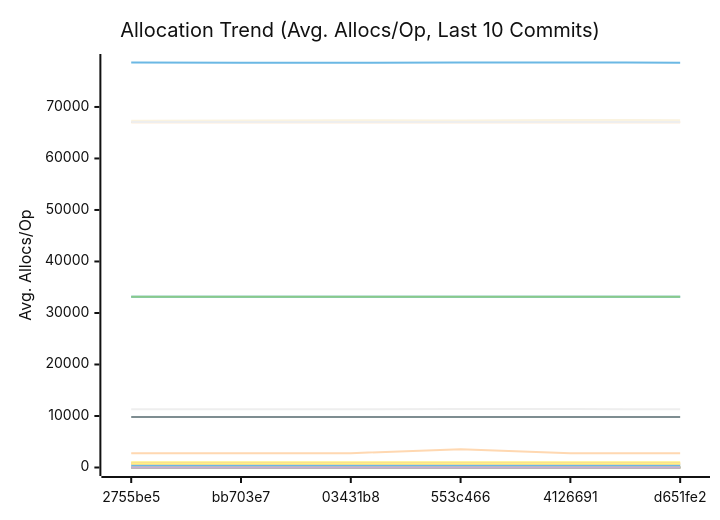
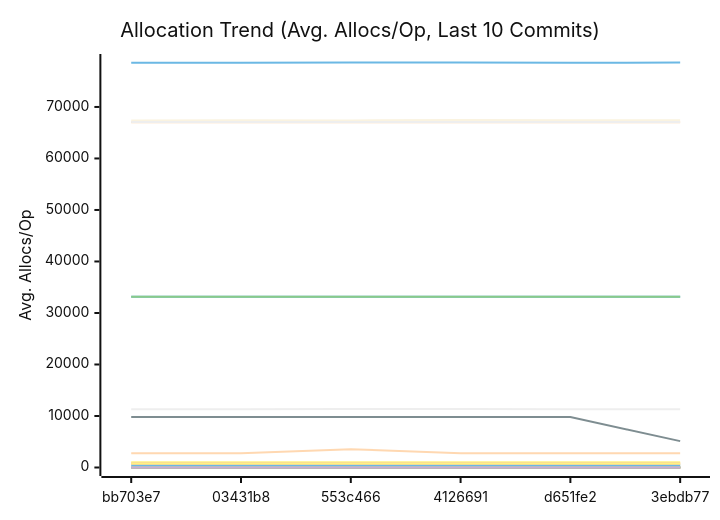
The third of 3 diagrams in docs/PERFORMANCE.md (alsotoes/momo), drawn with Mermaid (neutral theme) before and after one commit. The commit also changed other lines of this file and 2 other files, not shown here.

````diff
--- a/docs/PERFORMANCE.md
+++ b/docs/PERFORMANCE.md
@@ -360,44 +360,44 @@
 ```mermaid
 xychart-beta
     title "Allocation Trend (Avg. Allocs/Op, Last 10 Commits)"
     x-axis "Commit"
     y-axis "Avg. Allocs/Op"
-    x-axis [2755be5,bb703e7,03431b8,553c466,4126691,d651fe2]
-    line "AWSChunkedReaderSigned" [11307,11302,11307,11334,11352,11308,11331,11309,11357,11392]
-    line "AWSChunkedReaderUnsigned" [78613,78584,78583,78611,78631,78600,78609,78603,78751,78742]
+    x-axis [bb703e7,03431b8,553c466,4126691,d651fe2,3ebdb77]
+    line "AWSChunkedReaderSigned" [11302,11307,11334,11352,11308,11331,11309,11357,11392,11480]
+    line "AWSChunkedReaderUnsigned" [78584,78583,78611,78631,78600,78609,78603,78751,78742,78802]
     line "CheckMetricsAndSwap" [0,0,0,0,0,0,0,0,0,0]
     line "CrushOptimized" [0,0,0,0,0,0,0,0,0,0]
     line "CrushOriginal" [3,3,3,3,3,3,3,3,3,3]
     line "FormatListObjectsV2XML_AppendFormat" [16,16,16,16,16,16,16,16,16,16]
     line "FormatListObjectsV2XML_OldFormat" [1000,1000,1000,1000,1000,1000,1000,1000,1000,1000]
     line "HashBytes/1MiB" [64,64,64,64,64,64,64,64,64,64]
     line "HashBytes/256MiB" [64,64,64,64,64,64,64,64,64,64]
     line "HashBytes/64MiB" [64,64,64,64,64,64,64,64,64,64]
     line "HashFile/1MiB" [33128,33128,33128,33128,33128,33128,33128,33128,33128,33128]
     line "HashFile/256MiB" [33128,33128,33128,33128,33128,33128,33128,33128,33128,33128]
     line "HashFile/64MiB" [33128,33128,33128,33128,33128,33128,33128,33128,33128,33128]
     line "IndexDirectTracking" [0,0,0,0,0,0,0,0,0,0]
     line "IndexSearch" [0,0,0,0,0,0,0,0,0,0]
     line "LastModifiedHeader_AppendFormat" [0,0,0,0,0,0,0,0,0,0]
     line "LastModifiedHeader_Format" [1,1,1,1,1,1,1,1,1,1]
     line "LoadGlobalConfig" [58,58,58,58,58,58,58,58,58,58]
-    line "LocalWrite/1MiB" [67026,67032,67028,67034,67036,67032,67028,67031,67046,67042]
-    line "LocalWrite/256MiB" [67322,67349,67419,67379,67488,67427,67403,67338,67449,67537]
-    line "LocalWrite/64MiB" [67084,67096,67074,67087,67088,67081,67097,67088,67134,67134]
+    line "LocalWrite/1MiB" [67032,67028,67034,67036,67032,67028,67031,67046,67042,67042]
+    line "LocalWrite/256MiB" [67349,67419,67379,67488,67427,67403,67338,67449,67537,67838]
+    line "LocalWrite/64MiB" [67096,67074,67087,67088,67081,67097,67088,67134,67134,67169]
     line "PadString" [1,1,1,1,1,1,1,1,1,1]
     line "ParseReplicationOrder_NoPrealloc" [6,6,6,6,6,5,5,5,5,5]
     line "ParseReplicationOrder_Prealloc" [2,2,2,2,2,1,1,1,1,1]
     line "Placement" [6,6,6,6,6,6,6,6,6,6]
     line "PlacementDomainSpread" [6,6,6,6,6,6,6,6,6,6]
-    line "ReadVerify/1MiB" [463,468,467,468,486,478,467,459,484,493]
-    line "ReadVerify/256MiB" [9808,9808,9808,9808,9808,9808,5120,9808,9808,9808]
-    line "ReadVerify/64MiB" [2776,2776,2776,3557,2776,2776,2776,2307,2776,3557]
-    line "S3PutSpool/1MiB" [447,447,447,447,447,447,448,447,448,448]
+    line "ReadVerify/1MiB" [468,467,468,486,478,467,459,484,493,526]
+    line "ReadVerify/256MiB" [9808,9808,9808,9808,9808,5120,9808,9808,9808,9808]
+    line "ReadVerify/64MiB" [2776,2776,3557,2776,2776,2776,2307,2776,3557,5120]
+    line "S3PutSpool/1MiB" [447,447,447,447,447,448,447,448,448,448]
     line "S3PutSpool/256MiB" [448,448,448,448,448,448,448,448,448,448]
     line "S3PutSpool/64MiB" [448,448,448,448,448,448,448,448,448,448]
     line "SanitizeLog/Safe" [0,0,0,0,0,0,0,0,0,0]
     line "SanitizeLog/Unsafe" [1,1,1,1,1,1,1,1,1,1]
-    line "TrustedRead/1MiB" [800,800,800,800,800,800,800,837,800,800]
+    line "TrustedRead/1MiB" [800,800,800,800,800,800,837,800,800,800]
     line "TrustedRead/256MiB" [800,800,800,800,800,800,800,800,800,800]
     line "TrustedRead/64MiB" [800,800,800,800,800,800,800,800,800,800]
 ```
````
